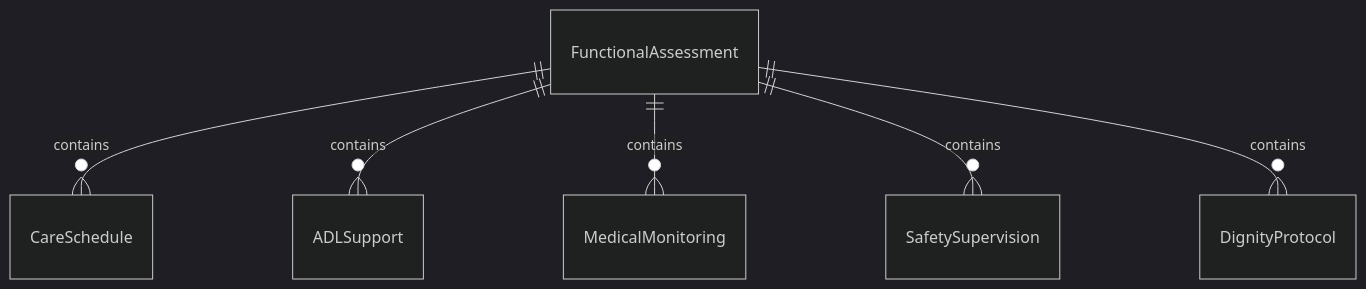
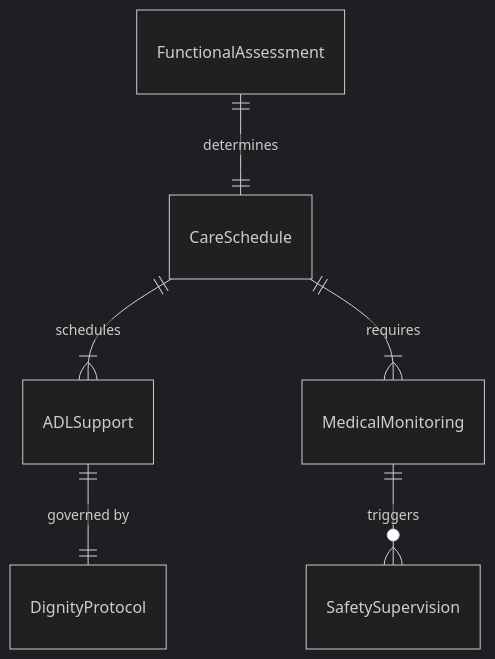
The first of 4 diagrams in AssistingAndCaringForOthers/AssistIndividualsWithSpecialNeeds/AssistDisabledIncapacitatedIndividuals.mdx (dot-org-ai/tasks.org.ai), drawn with Mermaid (dark theme) before and after one commit. The commit also changed other lines of this file and 32 other files, not shown here.

First line of the commit message:
fix: Improve ER and State diagrams in 32 AssistingAndCaringForOthers DWA files

````diff
--- a/AssistingAndCaringForOthers/AssistIndividualsWithSpecialNeeds/AssistDisabledIncapacitatedIndividuals.mdx
+++ b/AssistingAndCaringForOthers/AssistIndividualsWithSpecialNeeds/AssistDisabledIncapacitatedIndividuals.mdx
@@ -88,8 +88,8 @@
 ```mermaid
 erDiagram
-    FunctionalAssessment ||--o{ CareSchedule : contains
-    FunctionalAssessment ||--o{ ADLSupport : contains
-    FunctionalAssessment ||--o{ MedicalMonitoring : contains
-    FunctionalAssessment ||--o{ SafetySupervision : contains
-    FunctionalAssessment ||--o{ DignityProtocol : contains
+    FunctionalAssessment ||--|| CareSchedule : determines
+    CareSchedule ||--|{ ADLSupport : schedules
+    CareSchedule ||--|{ MedicalMonitoring : requires
+    ADLSupport ||--|| DignityProtocol : "governed by"
+    MedicalMonitoring ||--o{ SafetySupervision : triggers
 ```
````
